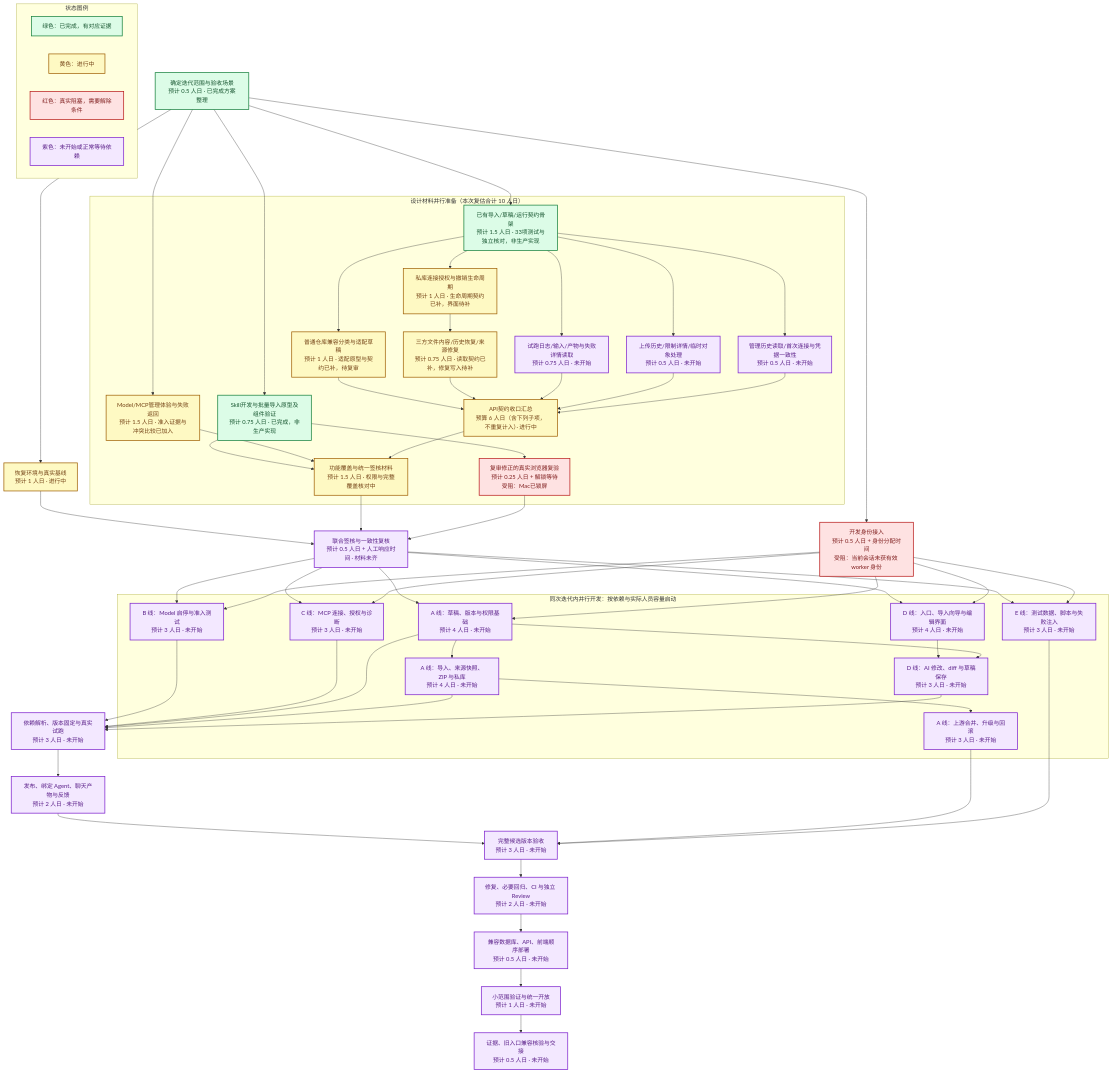
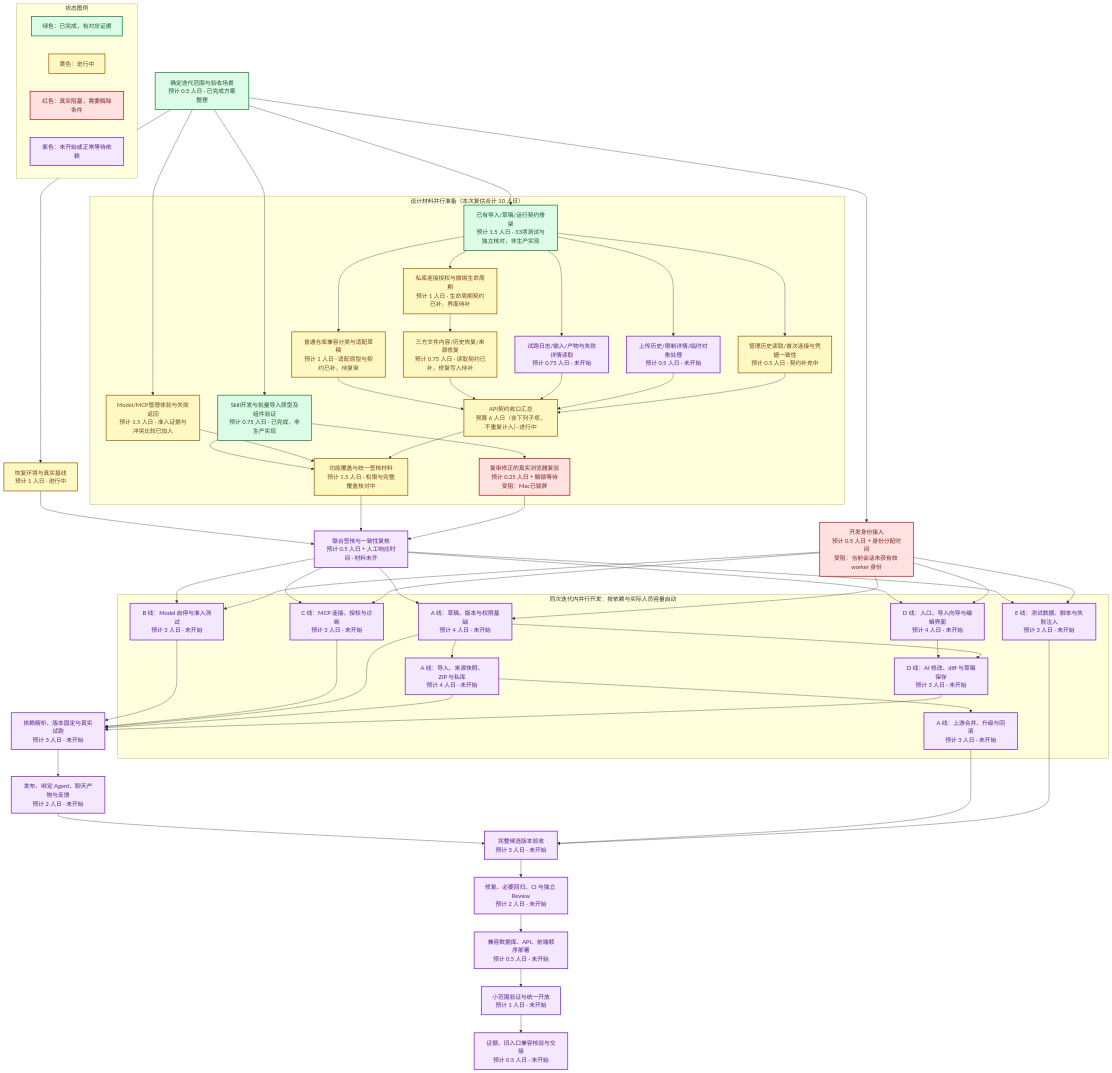
The diagram in docs/design/ai-capability-studio-e2e-plan-2026-09-09.md (boardx/workspacex), drawn with Mermaid before and after one commit. The commit also changed 11 other files, not shown here.

````diff
--- a/docs/design/ai-capability-studio-e2e-plan-2026-09-09.md
+++ b/docs/design/ai-capability-studio-e2e-plan-2026-09-09.md
@@ -229,7 +229,7 @@
         C33["试跑日志/输入/产物与失败详情读取<br/>预计 0.75 人日 · 未开始"]
         C34["三方文件内容/历史恢复/来源修复<br/>预计 0.75 人日 · 读取契约已补，修复写入待补"]
         C35["上传历史/限制详情/临时对象处理<br/>预计 0.5 人日 · 未开始"]
-        C36["管理历史读取/首次连接与凭据一致性<br/>预计 0.5 人日 · 未开始"]
+        C36["管理历史读取/首次连接与凭据一致性<br/>预计 0.5 人日 · 契约补充中"]
         C30 --> C31 --> C3
         C30 --> C32 --> C34 --> C3
         C30 --> C33 --> C3
@@ -296,7 +296,7 @@
     classDef blocked fill:#fee2e2,stroke:#b91c1c,color:#7f1d1d,stroke-width:2px;
     classDef pending fill:#f3e8ff,stroke:#7e22ce,color:#581c87,stroke-width:2px;
     class A,C1,C30,LG done;
-    class B,C2,C3,C4,C31,C32,C34,LY active;
+    class B,C2,C3,C4,C31,C32,C34,C36,LY active;
     class X,Y,LR blocked;
-    class C33,C35,C36,G,D,I,U,M,P,F,E,T,R,H,V,J,K,L,Z,LP pending;
+    class C33,C35,G,D,I,U,M,P,F,E,T,R,H,V,J,K,L,Z,LP pending;
 ```
````
